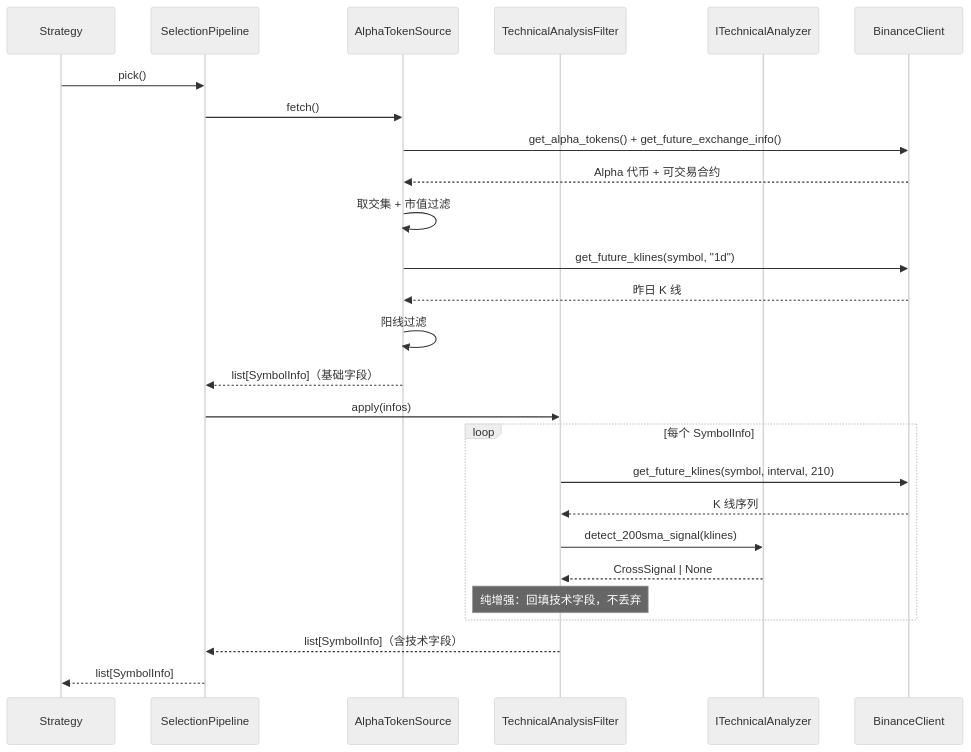
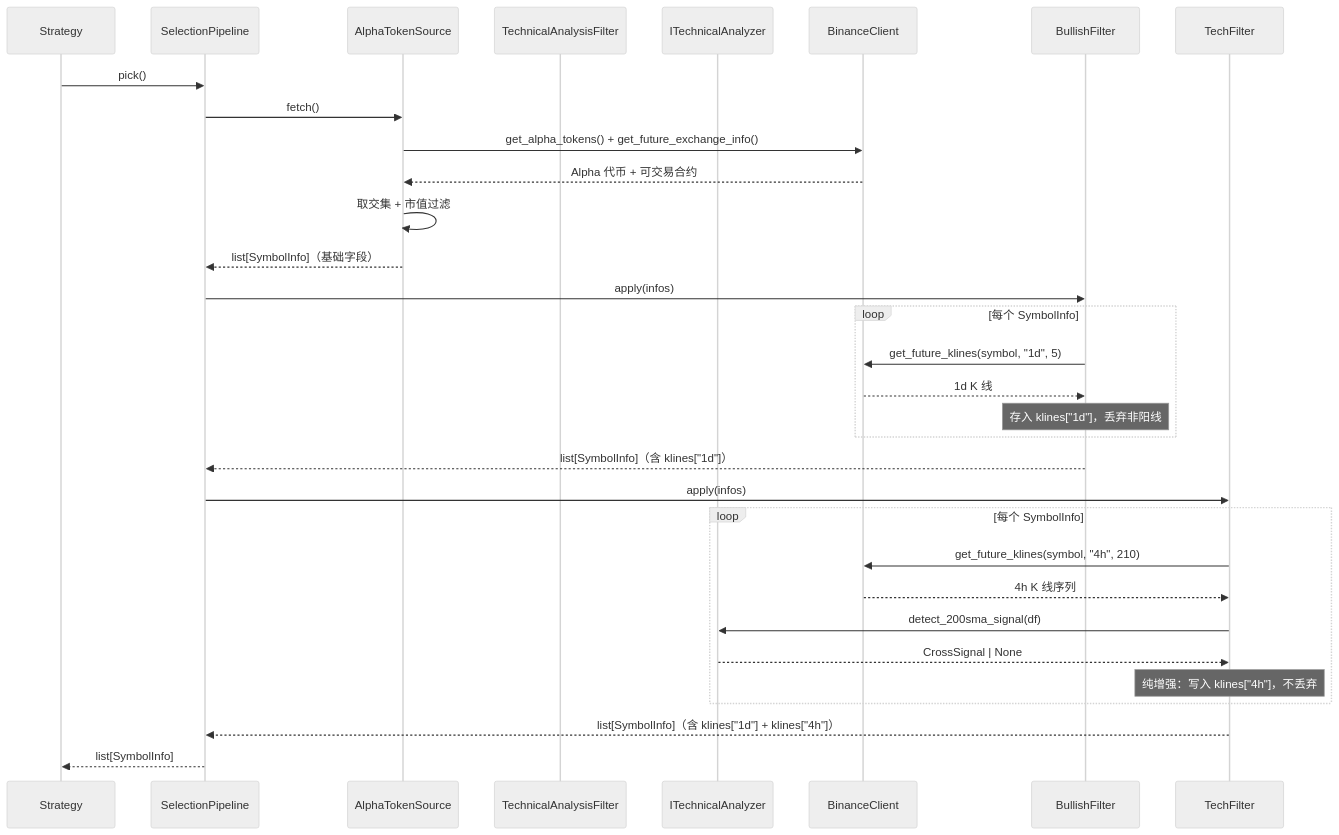
One commit to cqlwm/trading-service changed the second of 5 diagrams in architecture_document/04-strategy-engine.md. Above: the diagram before and after it, drawn with Mermaid (neutral theme). The commit also changed other lines of this file and 25 other files, not shown here.

First line of the commit message:
feat: Refactor technical analysis pipeline to utilize klines DataFrame

````diff
--- a/architecture_document/04-strategy-engine.md
+++ b/architecture_document/04-strategy-engine.md
@@ -219,29 +220,33 @@
 ```mermaid
 sequenceDiagram
     participant Strategy as Strategy
     participant Pipeline as SelectionPipeline
     participant Source as AlphaTokenSource
     participant Filter as TechnicalAnalysisFilter
     participant Analyzer as ITechnicalAnalyzer
     participant Binance as BinanceClient
 
     Strategy->>Pipeline: pick()
     Pipeline->>Source: fetch()
     Source->>Binance: get_alpha_tokens() + get_future_exchange_info()
     Binance-->>Source: Alpha 代币 + 可交易合约
     Source->>Source: 取交集 + 市值过滤
-    Source->>Binance: get_future_klines(symbol, "1d")
-    Binance-->>Source: 昨日 K 线
-    Source->>Source: 阳线过滤
     Source-->>Pipeline: list[SymbolInfo]（基础字段）
-    Pipeline->>Filter: apply(infos)
+    Pipeline->>BullishFilter: apply(infos)
     loop 每个 SymbolInfo
-        Filter->>Binance: get_future_klines(symbol, interval, 210)
-        Binance-->>Filter: K 线序列
-        Filter->>Analyzer: detect_200sma_signal(klines)
-        Analyzer-->>Filter: CrossSignal | None
-        Note over Filter: 纯增强：回填技术字段，不丢弃
+        BullishFilter->>Binance: get_future_klines(symbol, "1d", 5)
+        Binance-->>BullishFilter: 1d K 线
+        Note over BullishFilter: 存入 klines["1d"]，丢弃非阳线
     end
-    Filter-->>Pipeline: list[SymbolInfo]（含技术字段）
+    BullishFilter-->>Pipeline: list[SymbolInfo]（含 klines["1d"]）
+    Pipeline->>TechFilter: apply(infos)
+    loop 每个 SymbolInfo
+        TechFilter->>Binance: get_future_klines(symbol, "4h", 210)
+        Binance-->>TechFilter: 4h K 线序列
+        TechFilter->>Analyzer: detect_200sma_signal(df)
+        Analyzer-->>TechFilter: CrossSignal | None
+        Note over TechFilter: 纯增强：写入 klines["4h"]，不丢弃
+    end
+    TechFilter-->>Pipeline: list[SymbolInfo]（含 klines["1d"] + klines["4h"]）
     Pipeline-->>Strategy: list[SymbolInfo]
 ```
````
